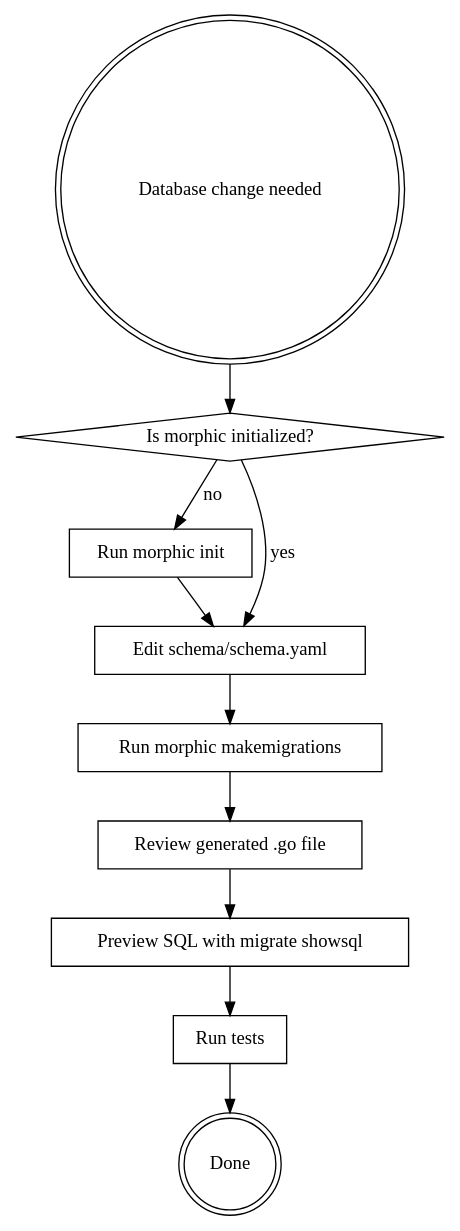
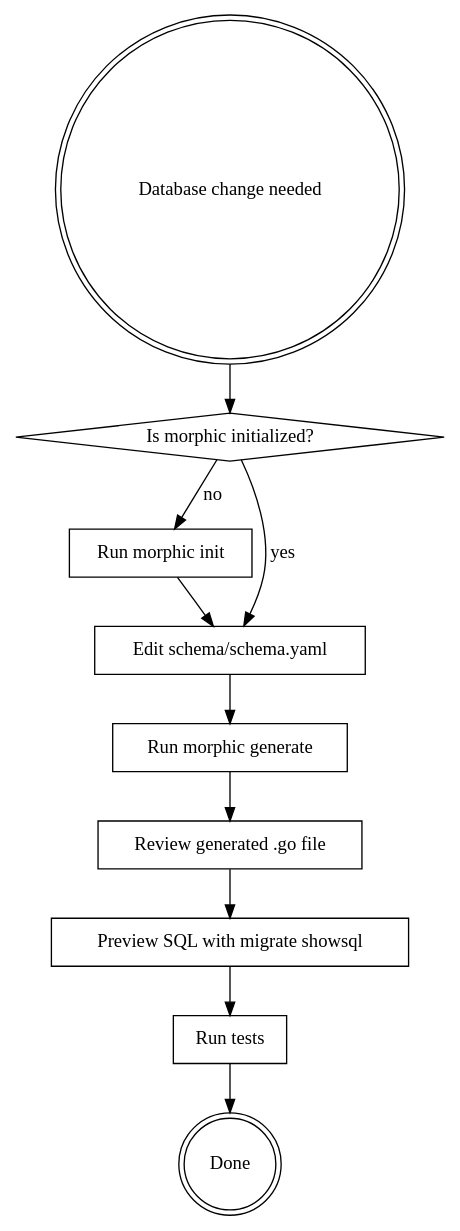
Before and after one commit to ocomsoft/makemigrations: the diagram in skills/SKILL.md, drawn with Graphviz. The commit also changed other lines of this file and 32 other files, not shown here.

````diff
--- a/skills/SKILL.md
+++ b/skills/SKILL.md
@@ -30,24 +30,24 @@
 ```dot
 digraph morphic_workflow {
     rankdir=TB;
     "Database change needed" [shape=doublecircle];
     "Is morphic initialized?" [shape=diamond];
     "Run morphic init" [shape=box];
     "Edit schema/schema.yaml" [shape=box];
-    "Run morphic makemigrations" [shape=box];
+    "Run morphic generate" [shape=box];
     "Review generated .go file" [shape=box];
     "Preview SQL with migrate showsql" [shape=box];
     "Run tests" [shape=box];
     "Done" [shape=doublecircle];
 
     "Database change needed" -> "Is morphic initialized?";
     "Is morphic initialized?" -> "Run morphic init" [label="no"];
     "Is morphic initialized?" -> "Edit schema/schema.yaml" [label="yes"];
     "Run morphic init" -> "Edit schema/schema.yaml";
-    "Edit schema/schema.yaml" -> "Run morphic makemigrations";
-    "Run morphic makemigrations" -> "Review generated .go file";
+    "Edit schema/schema.yaml" -> "Run morphic generate";
+    "Run morphic generate" -> "Review generated .go file";
     "Review generated .go file" -> "Preview SQL with migrate showsql";
     "Preview SQL with migrate showsql" -> "Run tests";
     "Run tests" -> "Done";
 }
 ```
````
